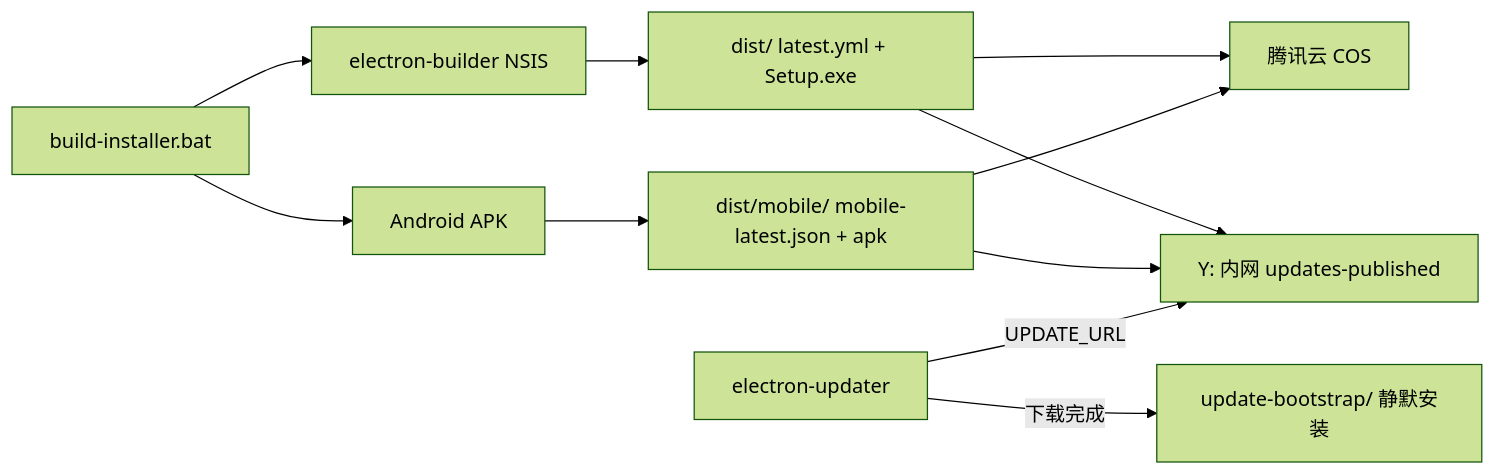
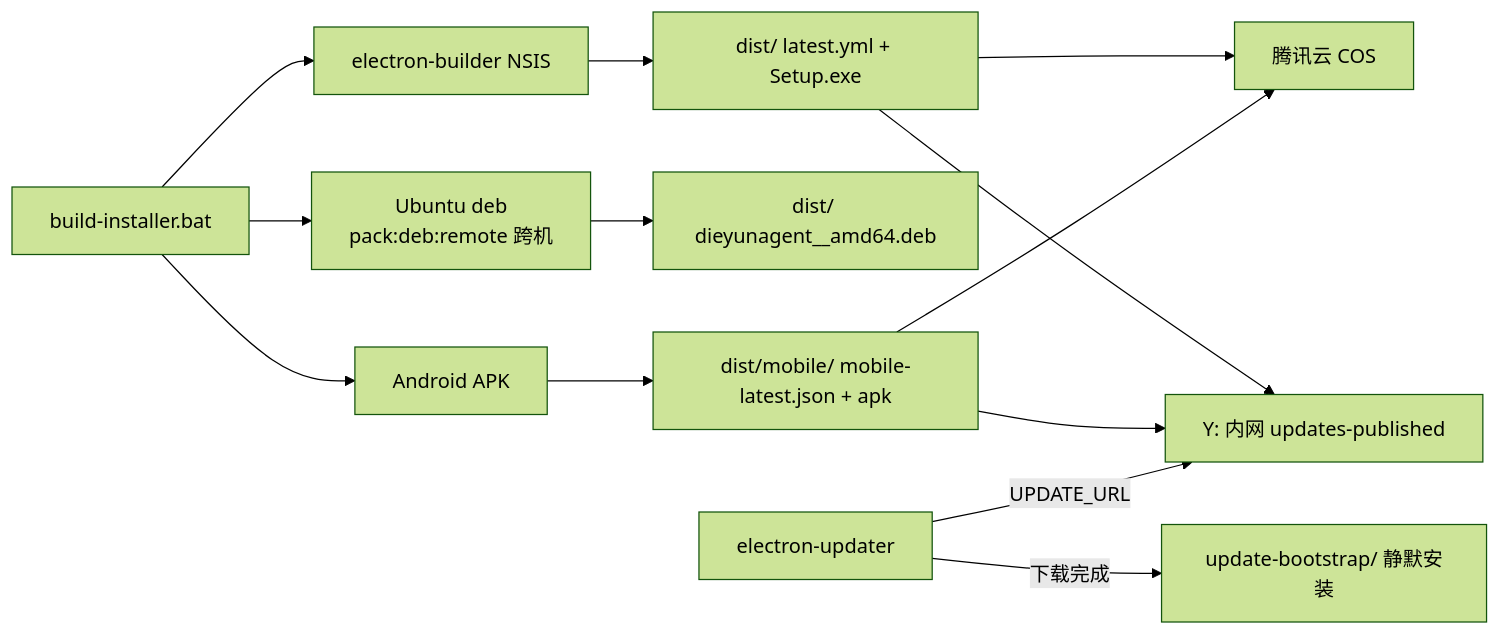
Diagram 14 of 15 in docs/ARCHITECTURE.md (zuochamo/dieyunagent), drawn with Mermaid (forest theme) before and after one commit. The commit also changed other lines of this file and 29 other files, not shown here.

First line of the commit message:
build(pack): 桌面构建收敛到 build-desktop.cjs + Linux/deb/AppImage 目标；版本 0.1.65

````diff
--- a/docs/ARCHITECTURE.md
+++ b/docs/ARCHITECTURE.md
@@ -712,13 +712,15 @@
 ```mermaid
 flowchart LR
   BuildAll[build-installer.bat] --> PC[electron-builder NSIS]
+  BuildAll --> Deb[Ubuntu deb\npack:deb:remote 跨机]
   BuildAll --> Mobile[Android APK]
   PC --> Dist[dist/ latest.yml + Setup.exe]
+  Deb --> DistDeb[dist/ dieyunagent_<ver>_amd64.deb]
   Mobile --> DistMobile[dist/mobile/ mobile-latest.json + apk]
   Dist --> Y[Y: 内网 updates-published]
   Dist --> COS[腾讯云 COS]
   DistMobile --> Y
   DistMobile --> COS
   Client[electron-updater] -->|UPDATE_URL| Y
   Client -->|下载完成| Bootstrap[update-bootstrap/ 静默安装]
 ```
````
